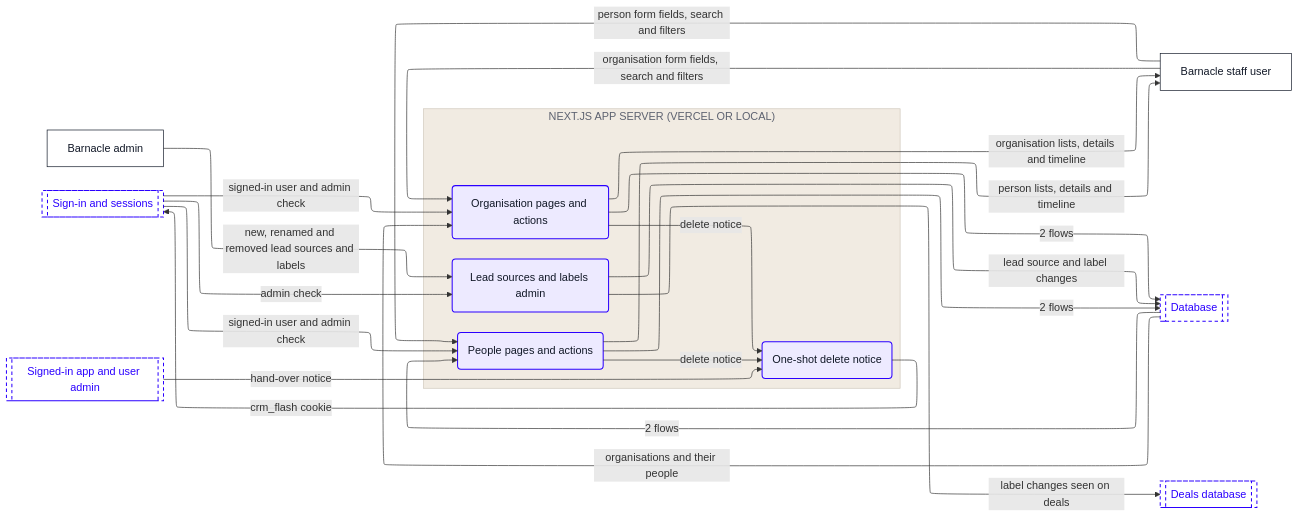
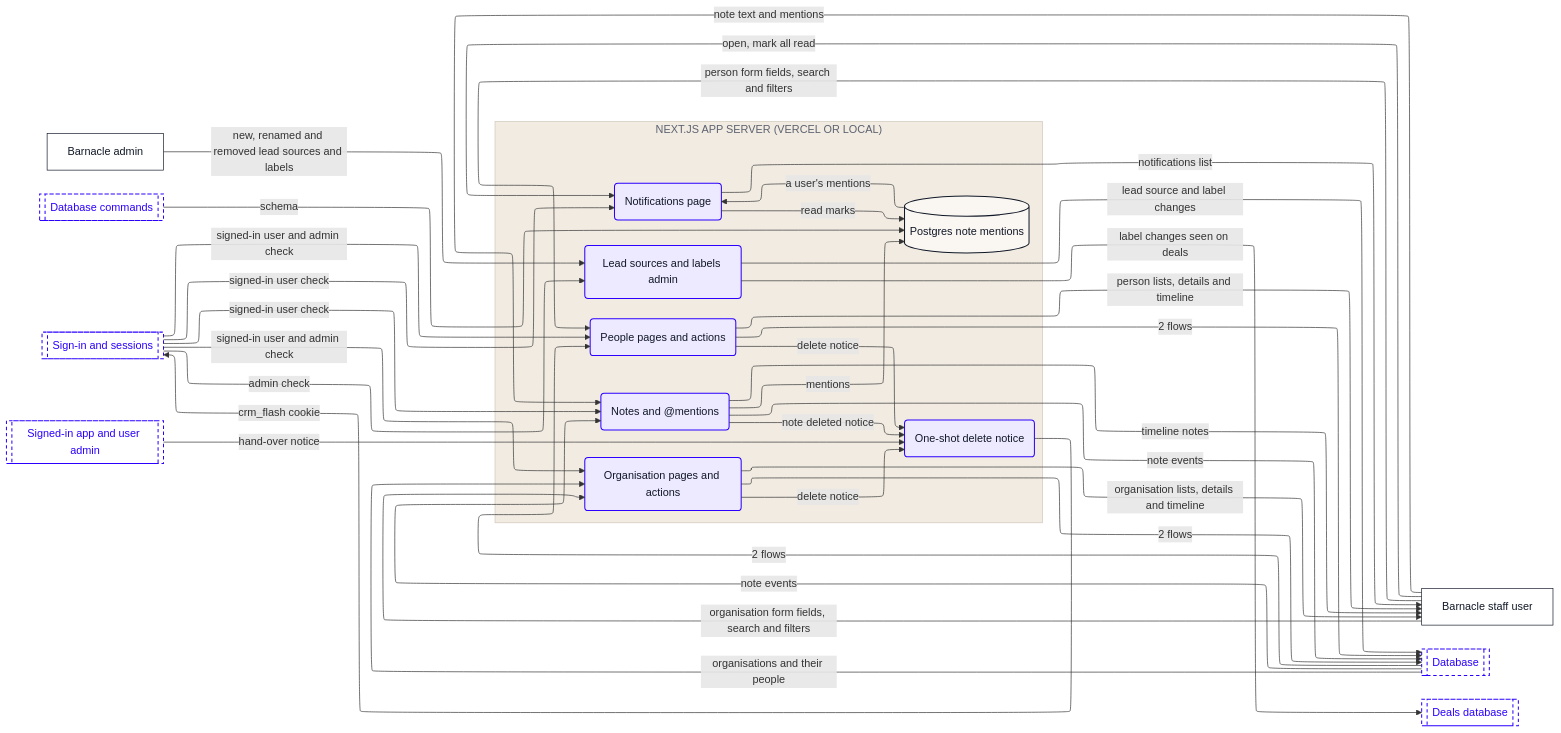
Before and after one commit to Romain-Perche/Barnacle-Pipe: the seventh of 10 diagrams in dataflow/DATAFLOW.md, drawn with Mermaid. The commit also changed other lines of this file and 13 other files, not shown here.

````diff
--- a/dataflow/DATAFLOW.md
+++ b/dataflow/DATAFLOW.md
@@ -339,47 +344,65 @@
 ```mermaid
 ---
 config:
   layout: elk
 ---
 flowchart LR
     n1["Barnacle admin"]
     n2["Barnacle staff user"]
     subgraph z1["NEXT.JS APP SERVER (VERCEL OR LOCAL)"]
         n3("Lead sources and labels admin")
-        n4("Organisation pages and actions")
-        n5("People pages and actions")
-        n6("One-shot delete notice")
+        n4[("Postgres note mentions")]
+        n5("Notes and @mentions")
+        n6("Notifications page")
+        n7("Organisation pages and actions")
+        n8("People pages and actions")
+        n9("One-shot delete notice")
     end
-    n7[["Database"]]
-    n8[["Deals database"]]
-    n9[["Sign-in and sessions"]]
-    n10[["Signed-in app and user admin"]]
+    n10[["Database"]]
+    n11[["Database commands"]]
+    n12[["Deals database"]]
+    n13[["Sign-in and sessions"]]
+    n14[["Signed-in app and user admin"]]
     n1 -->|"new, renamed and removed lead sources and labels"| n3
-    n3 -->|"lead source and label changes"| n7
-    n3 -->|"label changes seen on deals"| n8
-    n7 -->|"2 flows"| n5
-    n4 -->|"2 flows"| n7
-    n4 -->|"delete notice"| n6
-    n4 -->|"organisation lists, details and timeline"| n2
-    n7 -->|"organisations and their people"| n4
-    n5 -->|"2 flows"| n7
-    n5 -->|"delete notice"| n6
-    n5 -->|"person lists, details and timeline"| n2
-    n6 -->|"crm_flash cookie"| n9
-    n9 -->|"admin check"| n3
-    n9 -->|"signed-in user and admin check"| n4
-    n9 -->|"signed-in user and admin check"| n5
-    n2 -->|"organisation form fields, search and filters"| n4
-    n2 -->|"person form fields, search and filters"| n5
-    n10 -->|"hand-over notice"| n6
+    n3 -->|"lead source and label changes"| n10
+    n3 -->|"label changes seen on deals"| n12
+    n10 -->|"2 flows"| n8
+    n11 -->|"schema"| n4
+    n4 -->|"a user's mentions"| n6
+    n5 -->|"mentions"| n4
+    n5 -->|"note deleted notice"| n9
+    n5 -->|"timeline notes"| n2
+    n5 -->|"note events"| n10
+    n6 -->|"read marks"| n4
+    n6 -->|"notifications list"| n2
+    n7 -->|"2 flows"| n10
+    n7 -->|"delete notice"| n9
+    n7 -->|"organisation lists, details and timeline"| n2
+    n10 -->|"organisations and their people"| n7
+    n8 -->|"2 flows"| n10
+    n8 -->|"delete notice"| n9
+    n8 -->|"person lists, details and timeline"| n2
+    n9 -->|"crm_flash cookie"| n13
+    n13 -->|"admin check"| n3
+    n13 -->|"signed-in user check"| n5
+    n13 -->|"signed-in user check"| n6
+    n13 -->|"signed-in user and admin check"| n7
+    n13 -->|"signed-in user and admin check"| n8
+    n2 -->|"note text and mentions"| n5
+    n2 -->|"open, mark all read"| n6
+    n2 -->|"organisation form fields, search and filters"| n7
+    n2 -->|"person form fields, search and filters"| n8
+    n10 -->|"note events"| n5
+    n14 -->|"hand-over notice"| n9
     classDef actor fill:#FFFFFF,stroke:#111827,stroke-width:1px,color:#111827
     classDef process fill:#EDEAFF,stroke:#2B00FF,stroke-width:1.5px,color:#111827
     classDef store fill:#FAF6F1,stroke:#111827,stroke-width:1.5px,color:#111827
     classDef zone fill:#1A1A1A,stroke:#1A1A1A,color:#FFFFFF
     classDef group fill:#2B00FF,stroke:#2B00FF,color:#FFFFFF
     classDef stub fill:#FFFFFF,stroke:#2B00FF,stroke-width:1.5px,stroke-dasharray:5 4,color:#2B00FF
     class n1,n2 actor
-    class n3,n4,n5,n6 process
-    class n7,n8,n9,n10 stub
+    class n3,n5,n6,n7,n8,n9 process
+    class n4 store
+    class n10,n11,n12,n13,n14 stub
     style z1 fill:#F1EBE2,stroke:#CFC7BB,color:#5D6270
 ```
````
